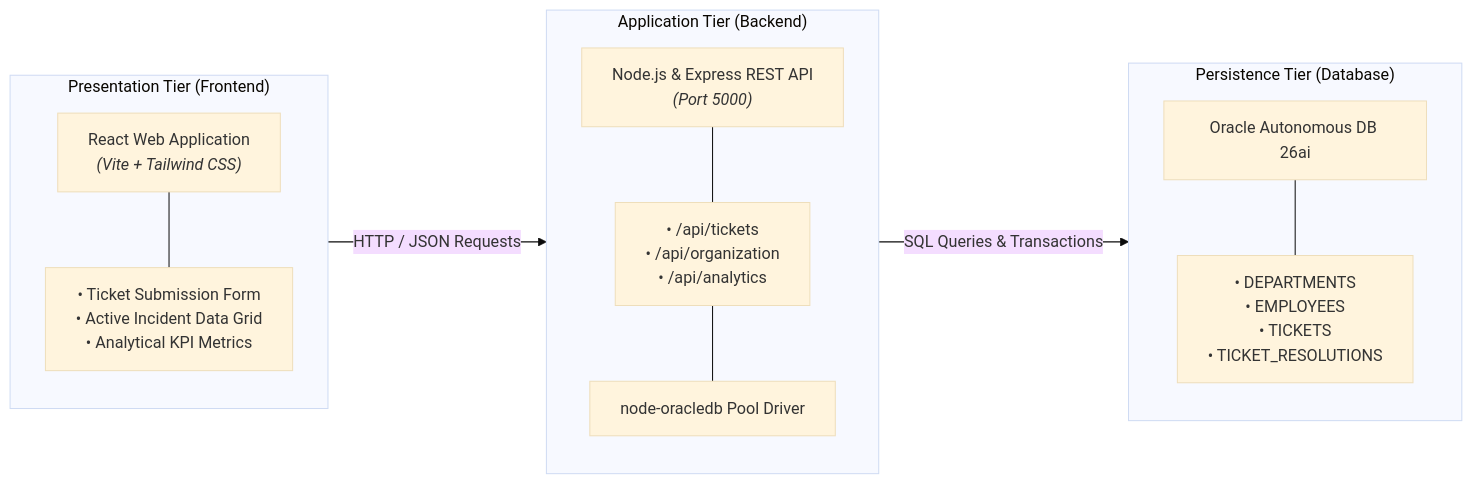
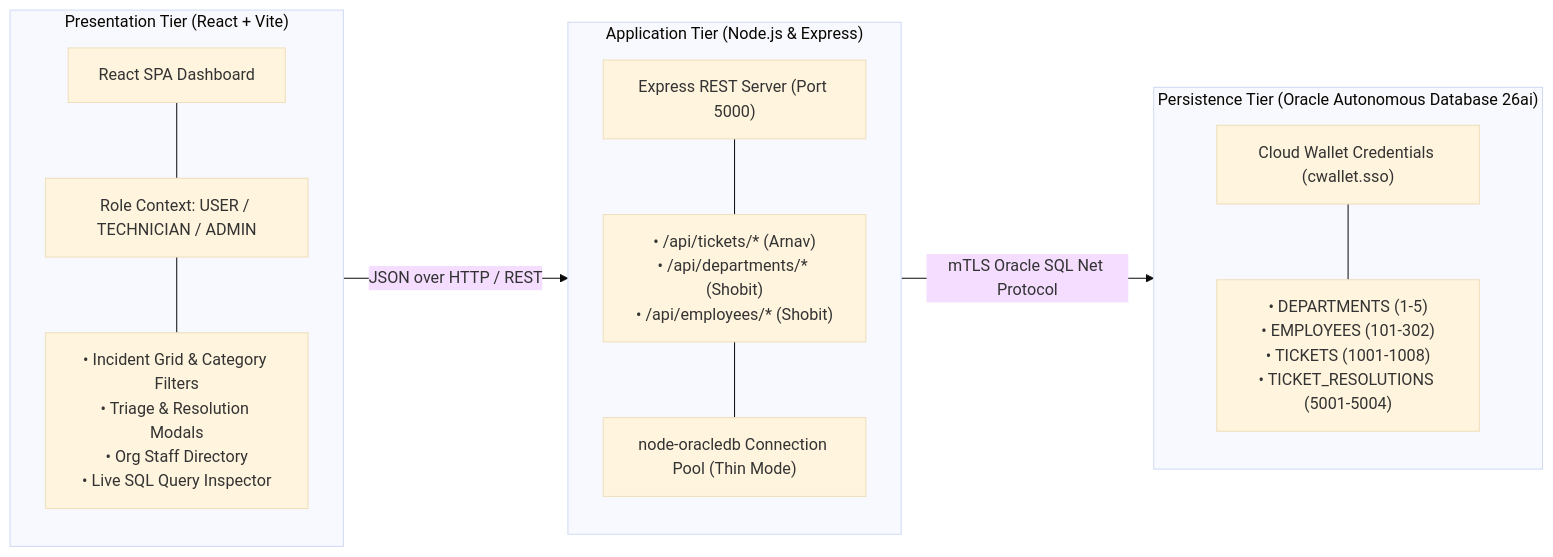
The first of 2 diagrams in README.md (ArnavGoel77/ticketing-system), drawn with Mermaid (base theme) before and after one commit. The commit also changed other lines of this file and 11 other files, not shown here.

````diff
--- a/README.md
+++ b/README.md
@@ -19,28 +54,30 @@
 ```mermaid
 flowchart LR
-    subgraph ClientTier ["Presentation Tier (Frontend)"]
+    subgraph ClientTier ["Presentation Tier (React + Vite)"]
         direction TB
-        UI["React Web Application<br/><i>(Vite + Tailwind CSS)</i>"]
-        Features["&bull; Ticket Submission Form<br/>&bull; Active Incident Data Grid<br/>&bull; Analytical KPI Metrics"]
-        UI --- Features
+        UI["React SPA Dashboard"]
+        State["Role Context: USER / TECHNICIAN / ADMIN"]
+        Views["&bull; Incident Grid & Category Filters<br/>&bull; Triage & Resolution Modals<br/>&bull; Org Staff Directory<br/>&bull; Live SQL Query Inspector"]
+        UI --- State
+        State --- Views
     end
 
-    subgraph APITier ["Application Tier (Backend)"]
+    subgraph APITier ["Application Tier (Node.js & Express)"]
         direction TB
-        API["Node.js & Express REST API<br/><i>(Port 5000)</i>"]
-        Endpoints["&bull; /api/tickets<br/>&bull; /api/organization<br/>&bull; /api/analytics"]
-        Driver["node-oracledb Pool Driver"]
-        API --- Endpoints
-        Endpoints --- Driver
+        API["Express REST Server (Port 5000)"]
+        Routes["&bull; /api/tickets/* (Arnav)<br/>&bull; /api/departments/* (Shobit)<br/>&bull; /api/employees/* (Shobit)"]
+        Driver["node-oracledb Connection Pool (Thin Mode)"]
+        API --- Routes
+        Routes --- Driver
     end
 
-    subgraph DBTier ["Persistence Tier (Database)"]
+    subgraph DBTier ["Persistence Tier (Oracle Autonomous Database 26ai)"]
         direction TB
-        Oracle["Oracle Autonomous DB 26ai"]
-        Schema["&bull; DEPARTMENTS<br/>&bull; EMPLOYEES<br/>&bull; TICKETS<br/>&bull; TICKET_RESOLUTIONS"]
-        Oracle --- Schema
+        Wallet["Cloud Wallet Credentials (cwallet.sso)"]
+        Schema["&bull; DEPARTMENTS (1-5)<br/>&bull; EMPLOYEES (101-302)<br/>&bull; TICKETS (1001-1008)<br/>&bull; TICKET_RESOLUTIONS (5001-5004)"]
+        Wallet --- Schema
     end
 
-    ClientTier -->|HTTP / JSON Requests| APITier
-    APITier -->|SQL Queries & Transactions| DBTier
+    ClientTier -->|JSON over HTTP / REST| APITier
+    APITier -->|mTLS Oracle SQL Net Protocol| DBTier
 ```
````
